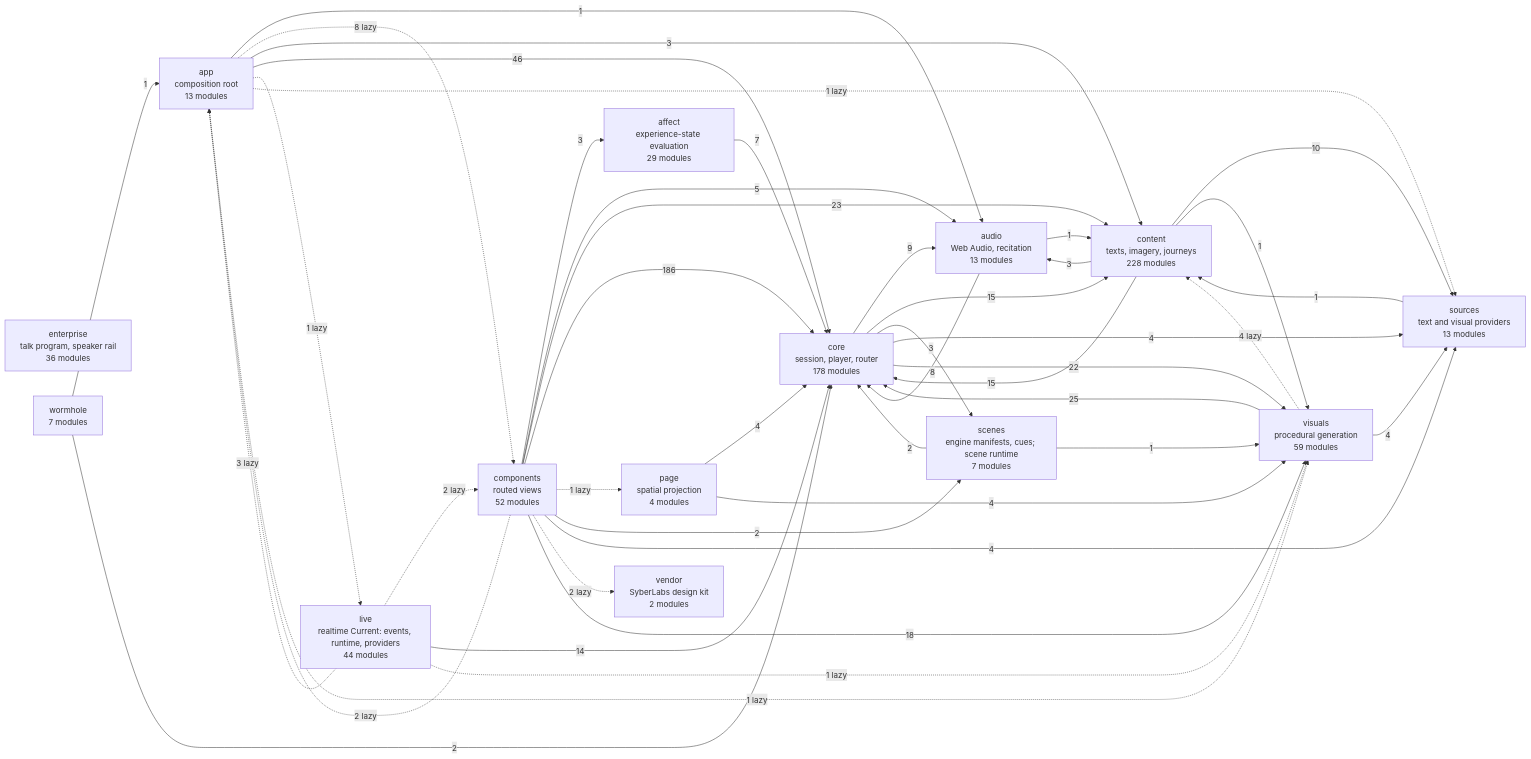
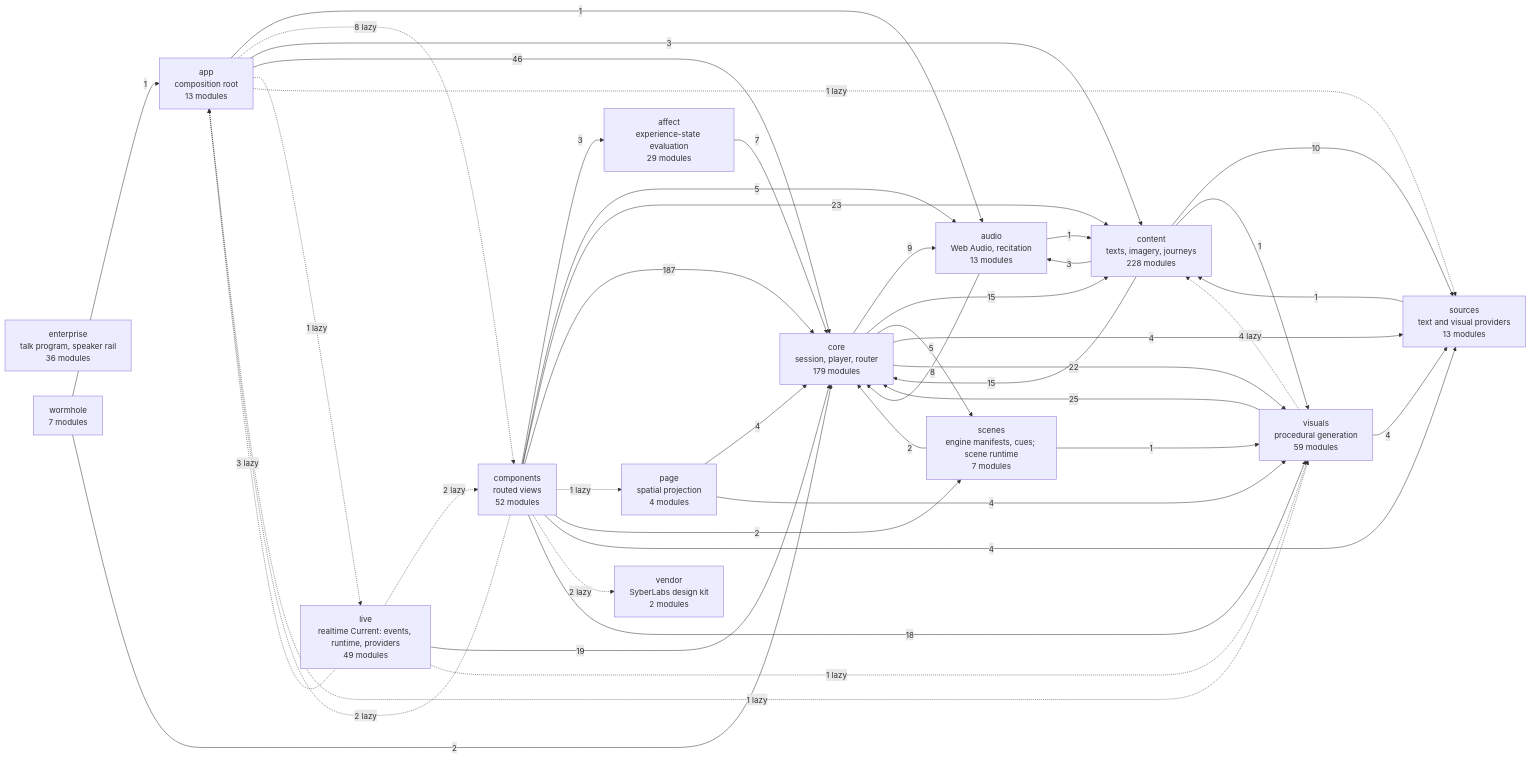
One commit to SyberLabs/RISE changed the diagram in docs/specs/ARCHITECTURE.md. Above: the diagram before and after it, drawn with Mermaid. The commit also changed 47 other files, not shown here.

````diff
--- a/docs/specs/ARCHITECTURE.md
+++ b/docs/specs/ARCHITECTURE.md
@@ -154,61 +154,61 @@
 ```mermaid
 flowchart LR
     affect["affect<br/>experience-state evaluation<br/>29 modules"]
     app["app<br/>composition root<br/>13 modules"]
     audio["audio<br/>Web Audio, recitation<br/>13 modules"]
     components["components<br/>routed views<br/>52 modules"]
     content["content<br/>texts, imagery, journeys<br/>228 modules"]
-    core["core<br/>session, player, router<br/>178 modules"]
+    core["core<br/>session, player, router<br/>179 modules"]
     enterprise["enterprise<br/>talk program, speaker rail<br/>36 modules"]
-    live["live<br/>realtime Current: events, runtime, providers<br/>44 modules"]
+    live["live<br/>realtime Current: events, runtime, providers<br/>49 modules"]
     page["page<br/>spatial projection<br/>4 modules"]
     scenes["scenes<br/>engine manifests, cues; scene runtime<br/>7 modules"]
     sources["sources<br/>text and visual providers<br/>13 modules"]
     vendor["vendor<br/>SyberLabs design kit<br/>2 modules"]
     visuals["visuals<br/>procedural generation<br/>59 modules"]
     wormhole["wormhole<br/>7 modules"]
 
     affect --> |7| core
     app --> |1| audio
     app -.-> |8 lazy| components
     app --> |3| content
     app --> |46| core
     app -.-> |1 lazy| live
     app -.-> |1 lazy| sources
     app -.-> |1 lazy| visuals
     audio --> |1| content
     audio --> |8| core
     components --> |3| affect
     components -.-> |2 lazy| app
     components --> |5| audio
     components --> |23| content
-    components --> |186| core
+    components --> |187| core
     components -.-> |1 lazy| page
     components --> |2| scenes
     components --> |4| sources
     components -.-> |2 lazy| vendor
     components --> |18| visuals
     content --> |3| audio
     content --> |15| core
     content --> |10| sources
     content --> |1| visuals
     core --> |9| audio
     core --> |15| content
-    core --> |3| scenes
+    core --> |5| scenes
     core --> |4| sources
     core --> |22| visuals
     live -.-> |3 lazy| app
     live -.-> |2 lazy| components
-    live --> |14| core
+    live --> |19| core
     live -.-> |1 lazy| visuals
     page --> |4| core
     page --> |4| visuals
     scenes --> |2| core
     scenes --> |1| visuals
     sources --> |1| content
     visuals -.-> |4 lazy| content
     visuals --> |25| core
     visuals --> |4| sources
     wormhole --> |1| app
     wormhole --> |2| core
 ```
````
